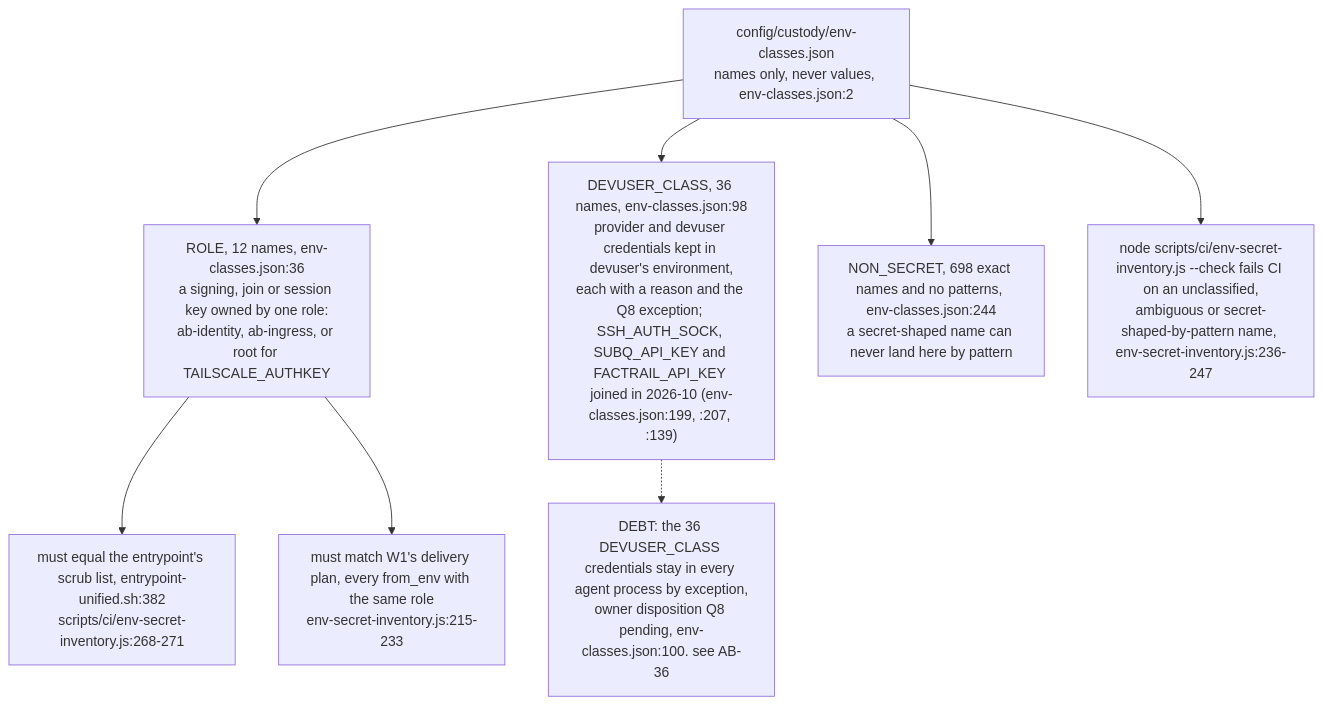
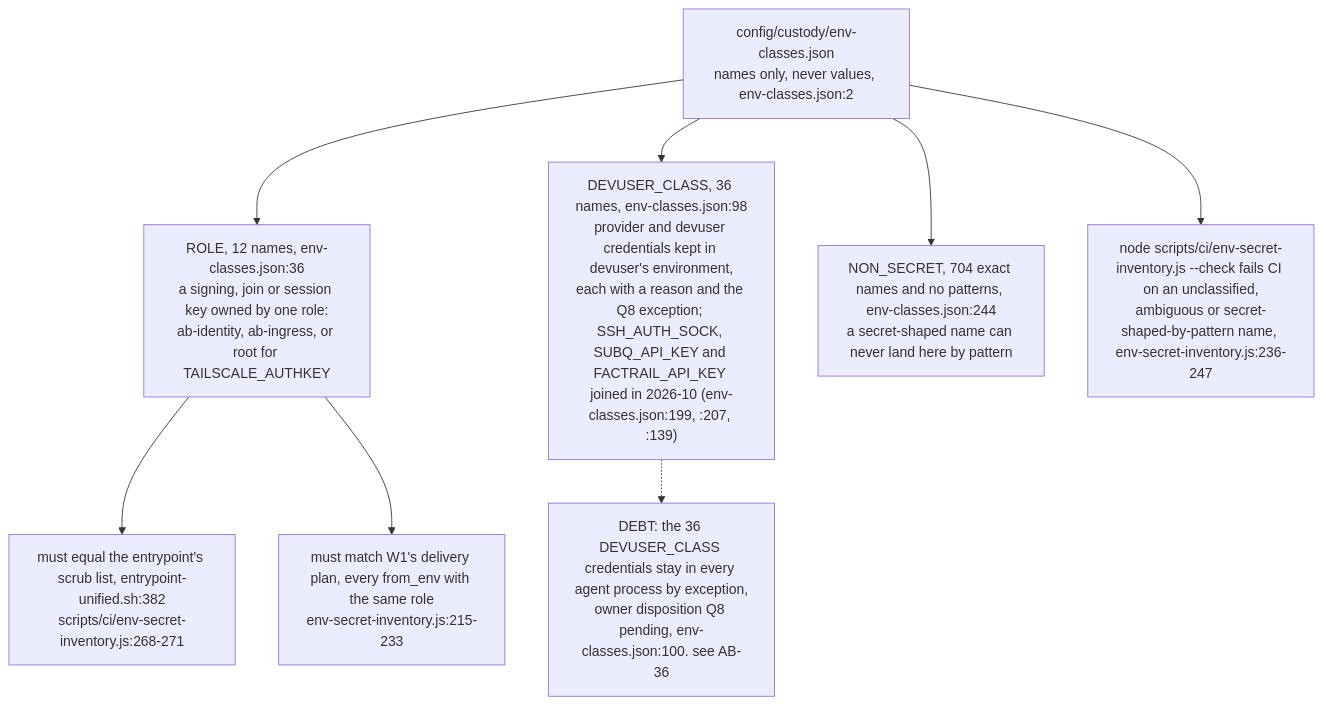
Diagram 14 of 14 in docs/diagrams/agentbox/16-secrets-custody-seccomp-profiles.md (DreamLab-AI/VisionFlow), drawn with Mermaid before and after one commit. The commit also changed other lines of this file and 12 other files, not shown here.

````diff
--- a/docs/diagrams/agentbox/16-secrets-custody-seccomp-profiles.md
+++ b/docs/diagrams/agentbox/16-secrets-custody-seccomp-profiles.md
@@ -525,11 +525,11 @@
 ```mermaid
 flowchart TB
     T["config/custody/env-classes.json<br/>names only, never values, env-classes.json:2"]
     T --> ROLE["ROLE, 12 names, env-classes.json:36<br/>a signing, join or session key owned by one role:<br/>ab-identity, ab-ingress, or root for TAILSCALE_AUTHKEY"]
     T --> DEV["DEVUSER_CLASS, 36 names, env-classes.json:98<br/>provider and devuser credentials kept in devuser's environment,<br/>each with a reason and the Q8 exception; SSH_AUTH_SOCK, SUBQ_API_KEY and FACTRAIL_API_KEY joined in 2026-10 (env-classes.json:199, :207, :139)"]
-    T --> NS["NON_SECRET, 698 exact names and no patterns, env-classes.json:244<br/>a secret-shaped name can never land here by pattern"]
+    T --> NS["NON_SECRET, 704 exact names and no patterns, env-classes.json:244<br/>a secret-shaped name can never land here by pattern"]
     ROLE --> EP["must equal the entrypoint's scrub list, entrypoint-unified.sh:382<br/>scripts/ci/env-secret-inventory.js:268-271"]
     ROLE --> W1["must match W1's delivery plan, every from_env with the same role<br/>env-secret-inventory.js:215-233"]
     T --> CHK["node scripts/ci/env-secret-inventory.js --check fails CI on an unclassified,<br/>ambiguous or secret-shaped-by-pattern name, env-secret-inventory.js:236-247"]
     DEV -.-> DEBT["DEBT: the 36 DEVUSER_CLASS credentials stay in every agent process by exception,<br/>owner disposition Q8 pending, env-classes.json:100. see AB-36"]
 ```
````
